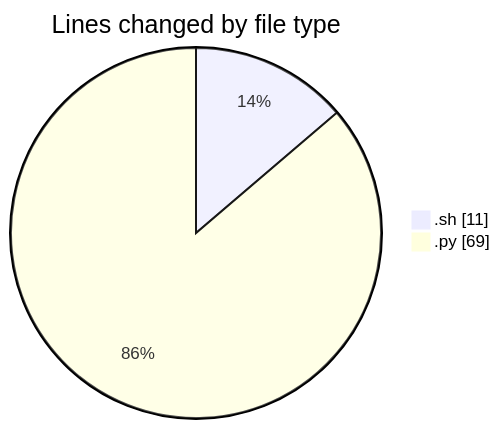
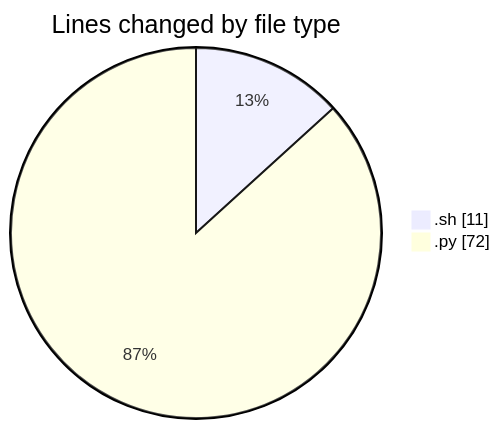
One commit to momahboobian/code-tracking changed the first of 2 diagrams in 2025-01-25/samplepdf/README.md. Above: the diagram before and after it, drawn with Mermaid. The commit also changed other lines of this file and 1 other file, not shown here.

````diff
--- a/2025-01-25/samplepdf/README.md
+++ b/2025-01-25/samplepdf/README.md
@@ -21,6 +21,6 @@
 ```mermaid
 pie showData
 title Lines changed by file type
 ".sh" : 11
-".py" : 69
+".py" : 72
 ```
````
